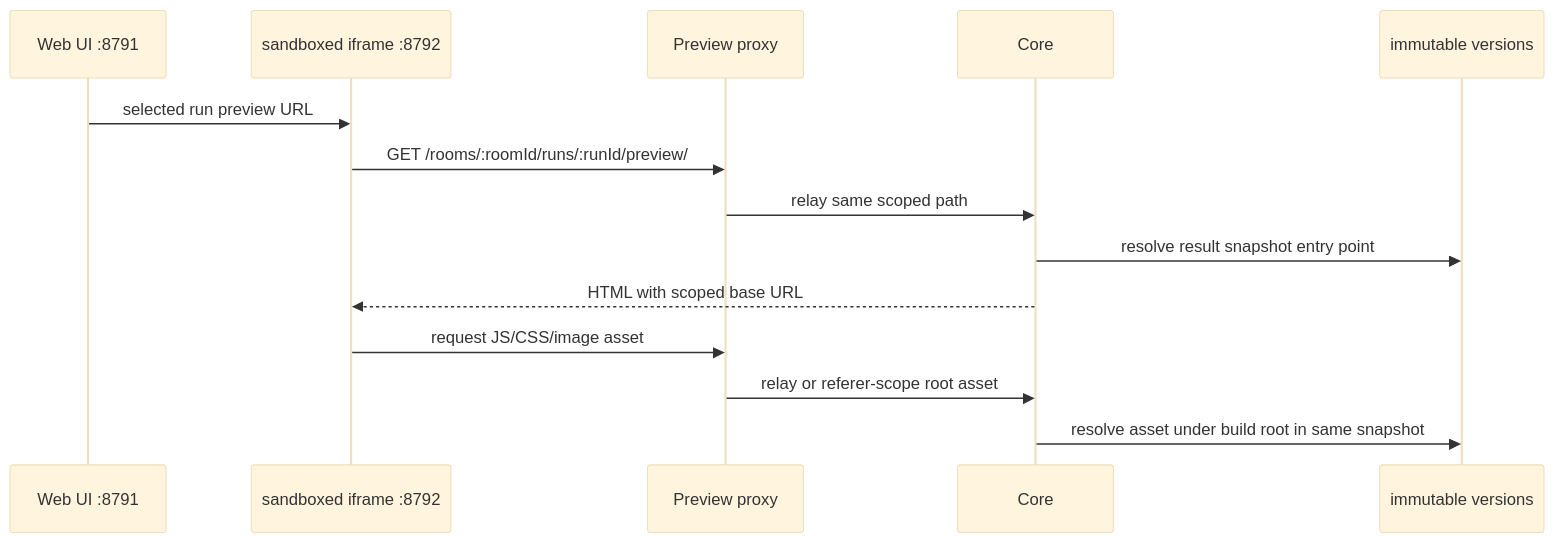
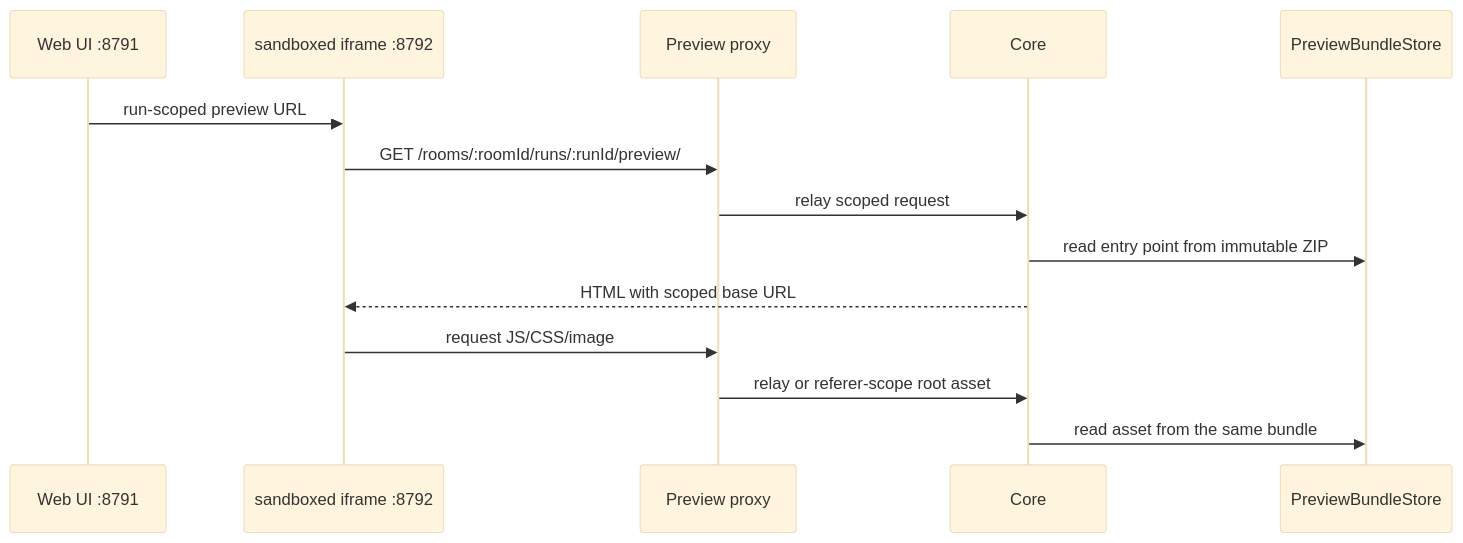
The second of 2 diagrams in docs/architecture/app-builds.md (riffi/agenvyl), drawn with Mermaid (base theme) before and after one commit. The commit also changed other lines of this file and 42 other files, not shown here.

````diff
--- a/docs/architecture/app-builds.md
+++ b/docs/architecture/app-builds.md
@@ -128,16 +121,16 @@
 ```mermaid
 sequenceDiagram
   participant UI as Web UI :8791
   participant Frame as sandboxed iframe :8792
   participant Preview as Preview proxy
   participant Core as Core
-  participant Store as immutable versions
-  UI->>Frame: selected run preview URL
+  participant Store as PreviewBundleStore
+  UI->>Frame: run-scoped preview URL
   Frame->>Preview: GET /rooms/:roomId/runs/:runId/preview/
-  Preview->>Core: relay same scoped path
-  Core->>Store: resolve result snapshot entry point
+  Preview->>Core: relay scoped request
+  Core->>Store: read entry point from immutable ZIP
   Core-->>Frame: HTML with scoped base URL
-  Frame->>Preview: request JS/CSS/image asset
+  Frame->>Preview: request JS/CSS/image
   Preview->>Core: relay or referer-scope root asset
-  Core->>Store: resolve asset under build root in same snapshot
+  Core->>Store: read asset from the same bundle
 ```
````
